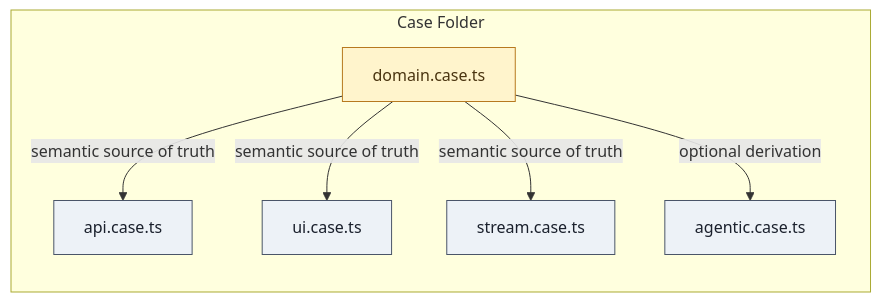
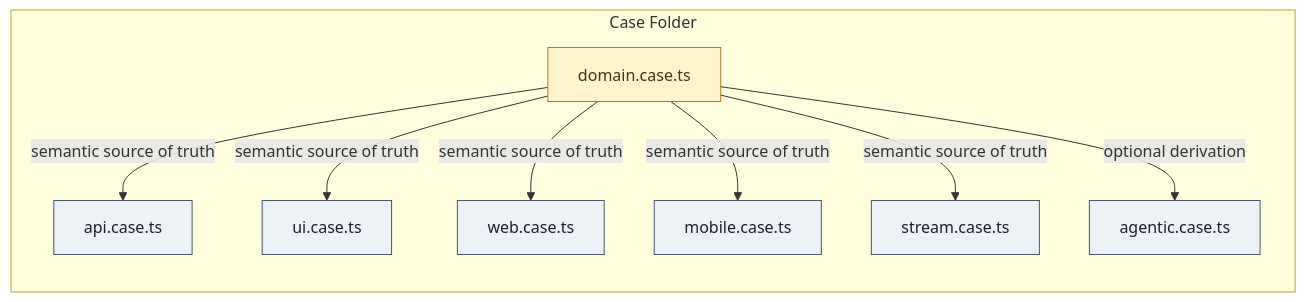
The second of 6 diagrams in docs/architecture.md (jhenriquedev/app-protocol), drawn with Mermaid before and after one commit. The commit also changed other lines of this file and 67 other files, not shown here.

````diff
--- a/docs/architecture.md
+++ b/docs/architecture.md
@@ -51,18 +51,22 @@
 ```mermaid
 flowchart LR
   subgraph Case["Case Folder"]
     domain["domain.case.ts"]:::domain
     api["api.case.ts"]:::surface
     ui["ui.case.ts"]:::surface
+    web["web.case.ts"]:::surface
+    mobile["mobile.case.ts"]:::surface
     stream["stream.case.ts"]:::surface
     agentic["agentic.case.ts"]:::surface
   end
 
   domain -->|semantic source of truth| api
   domain -->|semantic source of truth| ui
+  domain -->|semantic source of truth| web
+  domain -->|semantic source of truth| mobile
   domain -->|semantic source of truth| stream
   domain -->|optional derivation| agentic
 
   classDef domain fill:#fff4cc,stroke:#b7791f,color:#4a3410;
   classDef surface fill:#edf2f7,stroke:#4a5568,color:#1a202c;
 ```
````
